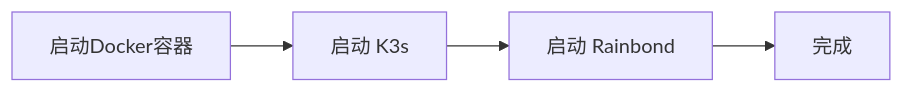
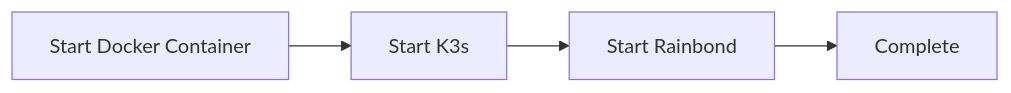
Before and after one commit to goodrain/rainbond-docs: the first of 2 diagrams in docs/troubleshooting/install.md, drawn with Mermaid. The commit also changed other lines of this file and 855 other files, not shown here.

````diff
--- a/docs/troubleshooting/install.md
+++ b/docs/troubleshooting/install.md
@@ -15,6 +15,6 @@
 ```mermaid
 flowchart LR
-    A[启动Docker容器] --> B[启动 K3s]
-    B --> C[启动 Rainbond]
-    C --> D[完成]
+    A[Start Docker Container] --> B[Start K3s]
+    B --> C[Start Rainbond]
+    C --> D[Complete]
 ```
````
